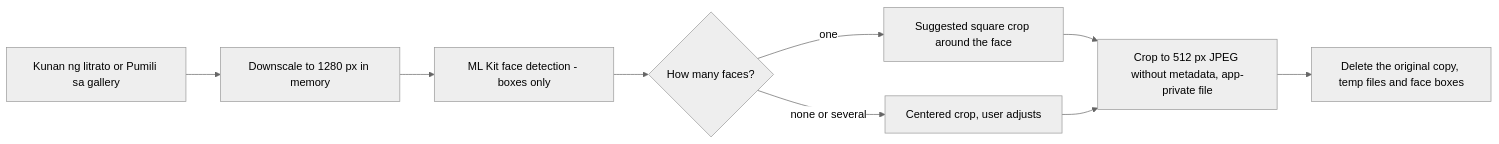
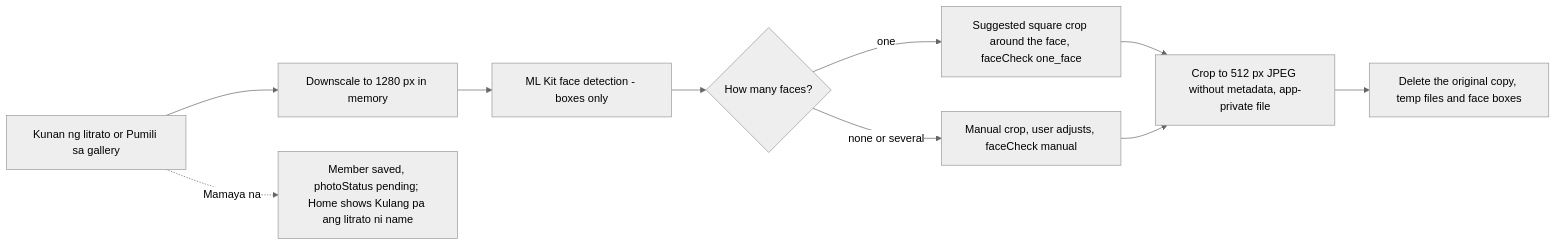
Before and after one commit to Jimuelle07/Sipat: the seventh of 13 diagrams in docs/system-design.md, drawn with Mermaid (neutral theme). The commit also changed other lines of this file and 32 other files, not shown here.

````diff
--- a/docs/system-design.md
+++ b/docs/system-design.md
@@ -261,11 +309,12 @@
 ```mermaid
 flowchart LR
   P["Kunan ng litrato or Pumili sa gallery"] --> D["Downscale to 1280 px in memory"]
+  P -. Mamaya na .-> PEND["Member saved, photoStatus pending; Home shows Kulang pa ang litrato ni name"]
   D --> FD["ML Kit face detection - boxes only"]
   FD --> N{"How many faces?"}
-  N -- one --> C["Suggested square crop around the face"]
-  N -- none or several --> M["Centered crop, user adjusts"]
+  N -- one --> C["Suggested square crop around the face, faceCheck one_face"]
+  N -- none or several --> M["Manual crop, user adjusts, faceCheck manual"]
   C --> S["Crop to 512 px JPEG without metadata, app-private file"]
   M --> S
   S --> X["Delete the original copy, temp files and face boxes"]
 ```
````
